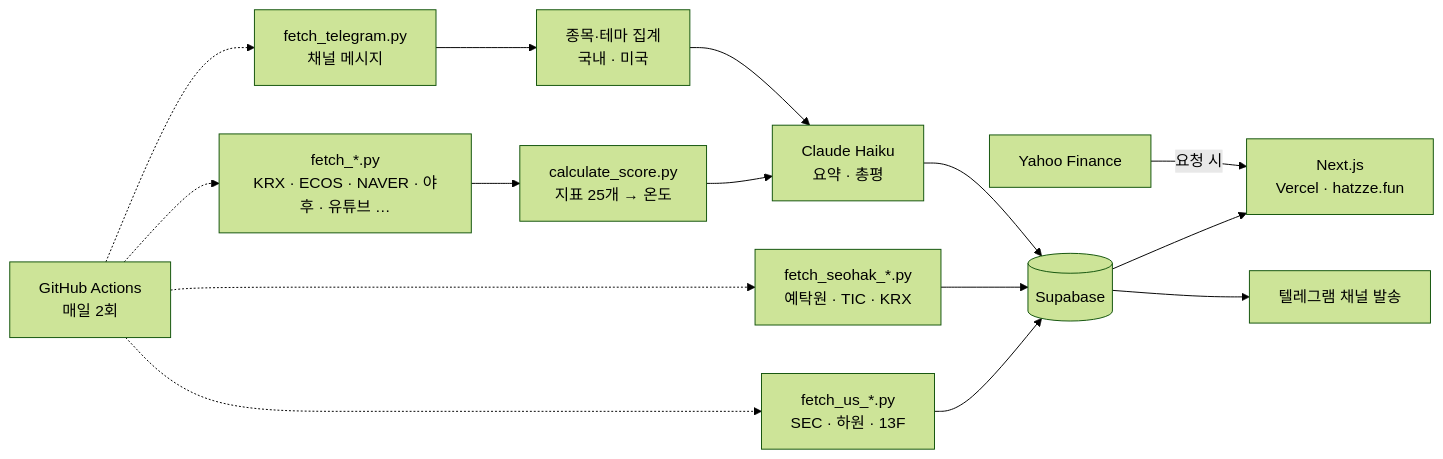
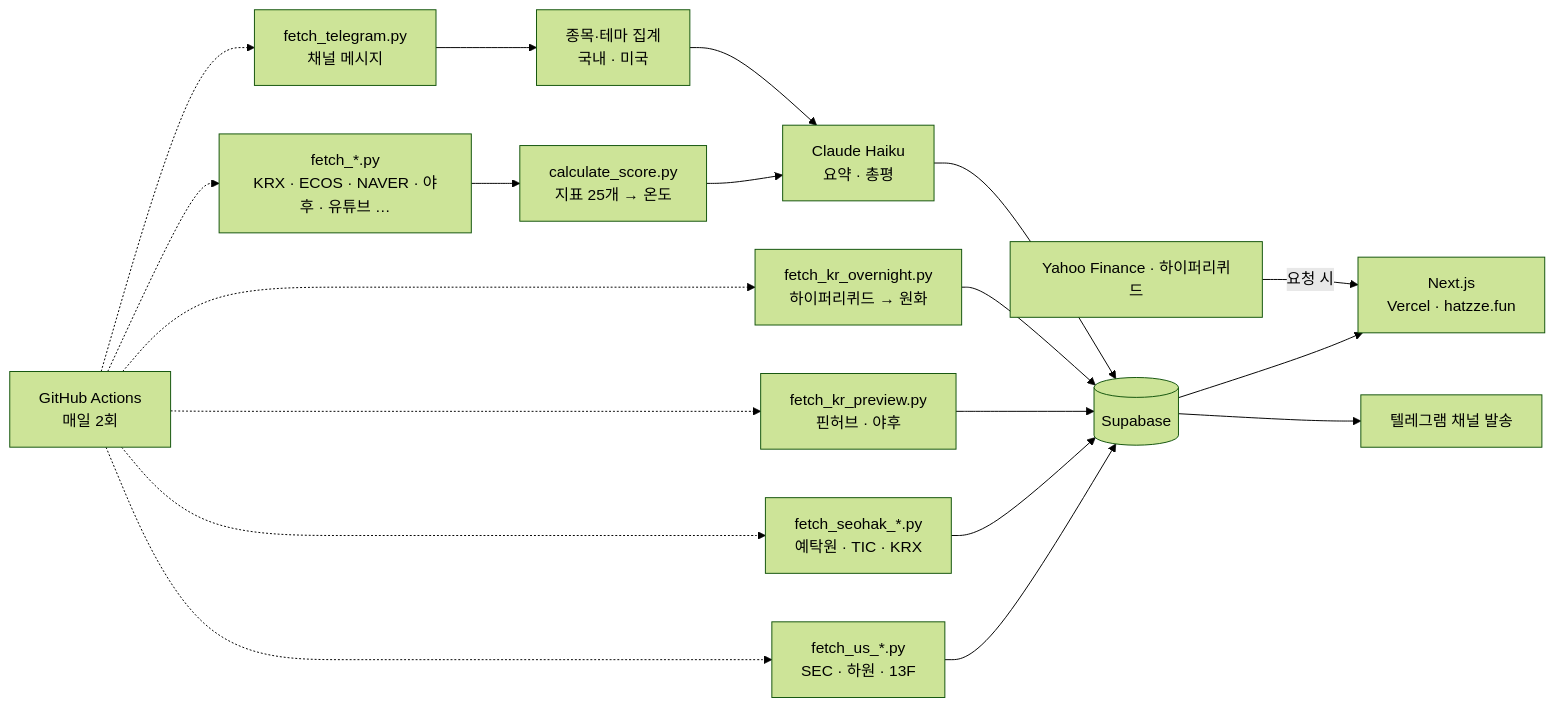
Before and after one commit to drakedog-kr/hatzze: the diagram in README.md, drawn with Mermaid (forest theme). The commit also changed other lines of this file, not shown here.

````diff
--- a/README.md
+++ b/README.md
@@ -25,17 +26,21 @@
 ```mermaid
 flowchart LR
     A["fetch_*.py<br/>KRX · ECOS · NAVER · 야후 · 유튜브 …"] --> B["calculate_score.py<br/>지표 25개 → 온도"]
     T1["fetch_telegram.py<br/>채널 메시지"] --> T2["종목·테마 집계<br/>국내 · 미국"]
     U1["fetch_us_*.py<br/>SEC · 하원 · 13F"] --> D
     S1["fetch_seohak_*.py<br/>예탁원 · TIC · KRX"] --> D
+    P1["fetch_kr_preview.py<br/>핀허브 · 야후"] --> D
+    P2["fetch_kr_overnight.py<br/>하이퍼리퀴드 → 원화"] --> D
     B --> L["Claude Haiku<br/>요약 · 총평"]
     T2 --> L
     L --> D[("Supabase")]
     D --> E["Next.js<br/>Vercel · hatzze.fun"]
     D --> BC["텔레그램 채널 발송"]
-    Y["Yahoo Finance"] -->|요청 시| E
+    Y["Yahoo Finance · 하이퍼리퀴드"] -->|요청 시| E
     G["GitHub Actions<br/>매일 2회"] -.-> A
     G -.-> T1
     G -.-> U1
     G -.-> S1
+    G -.-> P1
+    G -.-> P2
 ```
````
